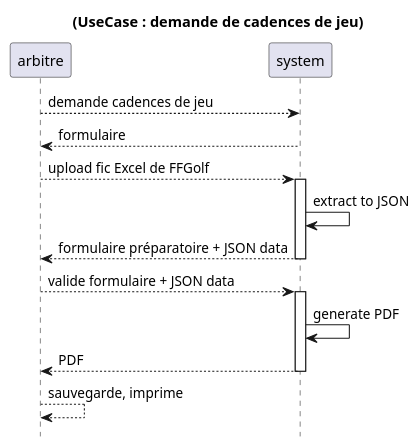
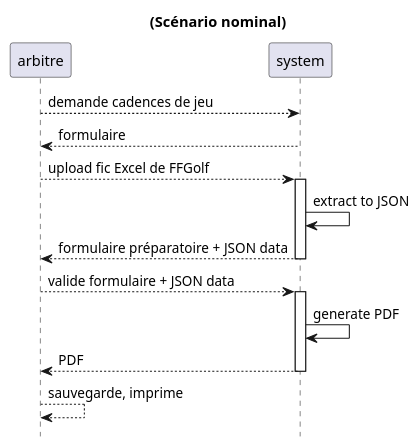
Before and after one commit to ldv-melun/symfony: the second of 2 diagrams in src/docs/asciidoc/_symfony-projet-arbitrage-ffgolf.adoc, drawn with PlantUML. The commit also changed other lines of this file and 2 other files, not shown here.

Commit message:
(mineur) précision sur les attendus de la phase 2

```diff
--- a/src/docs/asciidoc/_symfony-projet-arbitrage-ffgolf.adoc
+++ b/src/docs/asciidoc/_symfony-projet-arbitrage-ffgolf.adoc
@@ -209,25 +209,25 @@
 [plantuml]
 ----
 skinparam {
 shadowing false
 monochrome false
 }
 hide footbox
-title (UseCase : demande de cadences de jeu)
+title (Scénario nominal)
 
 arbitre --> system : demande cadences de jeu
 arbitre <-- system : formulaire
 arbitre --> system : upload fic Excel de FFGolf
 activate system
 system->system : extract to JSON
 arbitre <-- system : formulaire préparatoire + JSON data
 deactivate system
 
 arbitre --> system : valide formulaire + JSON data
 activate system
 system->system : generate PDF
 arbitre <-- system : PDF
 deactivate system
 arbitre --> arbitre: sauvegarde, imprime
 
 ----
```
